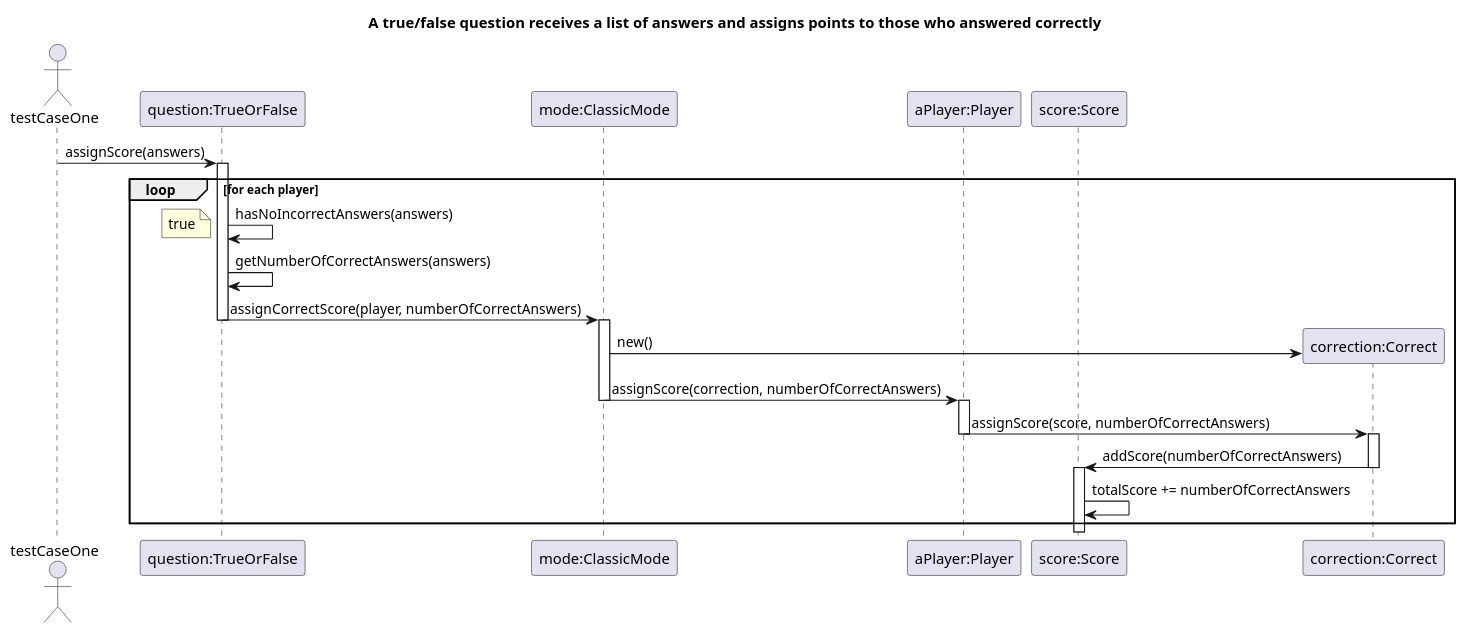
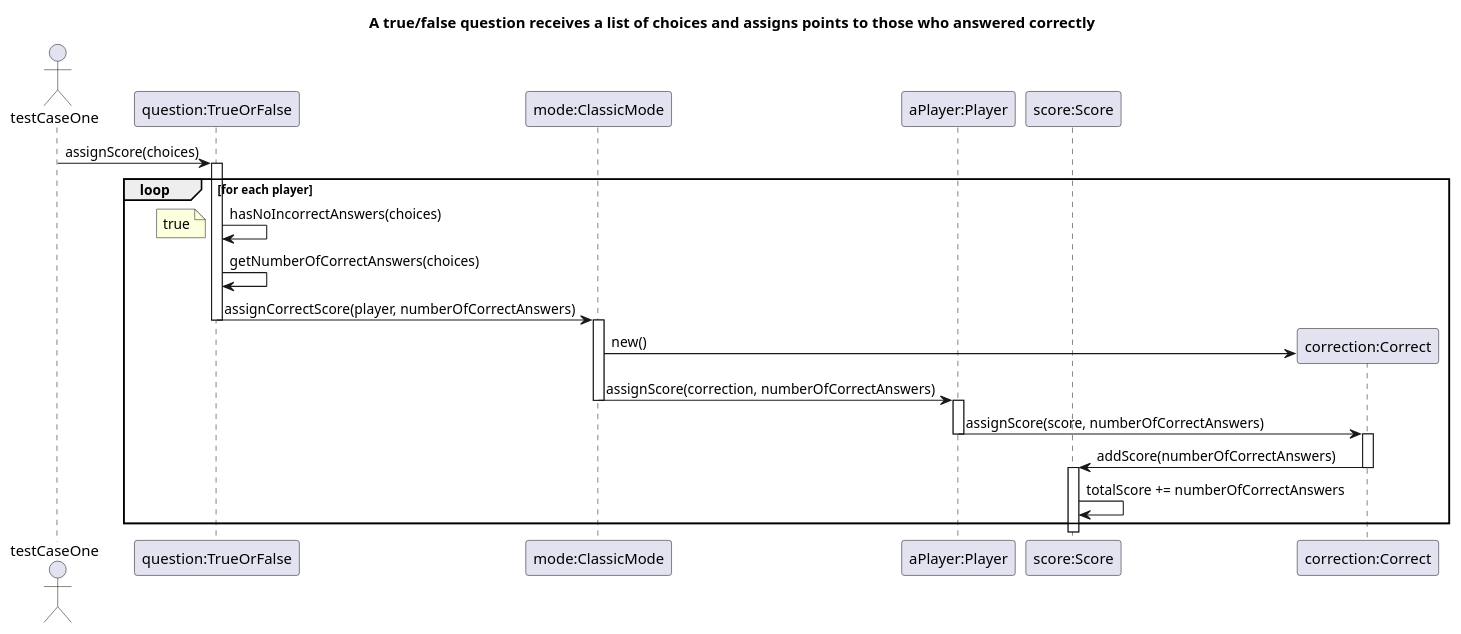
The diagram in UML files/SecuenceDiagramCaseOfUsePT2.puml (agpelliciari/TP2-Algo-III), drawn with PlantUML before and after one commit. The commit also changed 27 other files, not shown here.

```diff
--- a/UML files/SecuenceDiagramCaseOfUsePT2.puml
+++ b/UML files/SecuenceDiagramCaseOfUsePT2.puml
@@ -1,34 +1,34 @@
 @startuml
-title: A true/false question receives a list of answers and assigns points to those who answered correctly
+title: A true/false question receives a list of choices and assigns points to those who answered correctly
 
 actor testCaseOne
 participant "question:TrueOrFalse" as question
 participant "mode:ClassicMode" as type
 participant "aPlayer:Player" as player
 participant "score:Score" as score
 participant "correction:Correct" as correction
 
-testCaseOne -> question: assignScore(answers)
+testCaseOne -> question: assignScore(choices)
 activate question
 loop for each player
-question -> question: hasNoIncorrectAnswers(answers)
+question -> question: hasNoIncorrectAnswers(choices)
 note left: true
-question -> question: getNumberOfCorrectAnswers(answers)
+question -> question: getNumberOfCorrectAnswers(choices)
 question -> type: assignCorrectScore(player, numberOfCorrectAnswers)
 deactivate question
 activate type
 create correction
 type -> correction: new()
 type -> player: assignScore(correction, numberOfCorrectAnswers)
 deactivate type
 activate player
 player -> correction: assignScore(score, numberOfCorrectAnswers)
 deactivate player
 activate correction
 correction -> score: addScore(numberOfCorrectAnswers)
 deactivate correction
 activate score
 score -> score: totalScore += numberOfCorrectAnswers
 
 end loop
 @enduml
```
